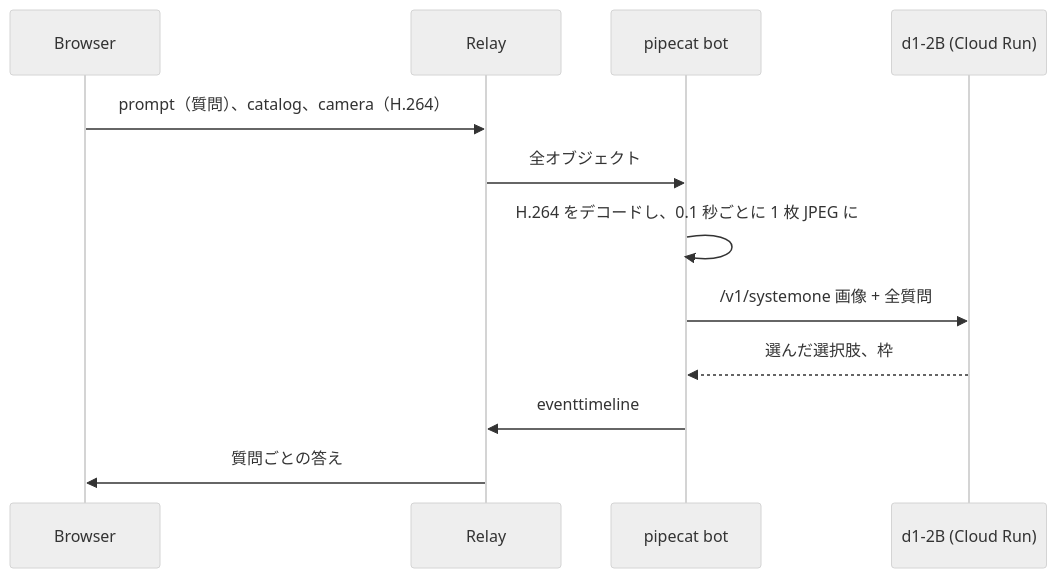
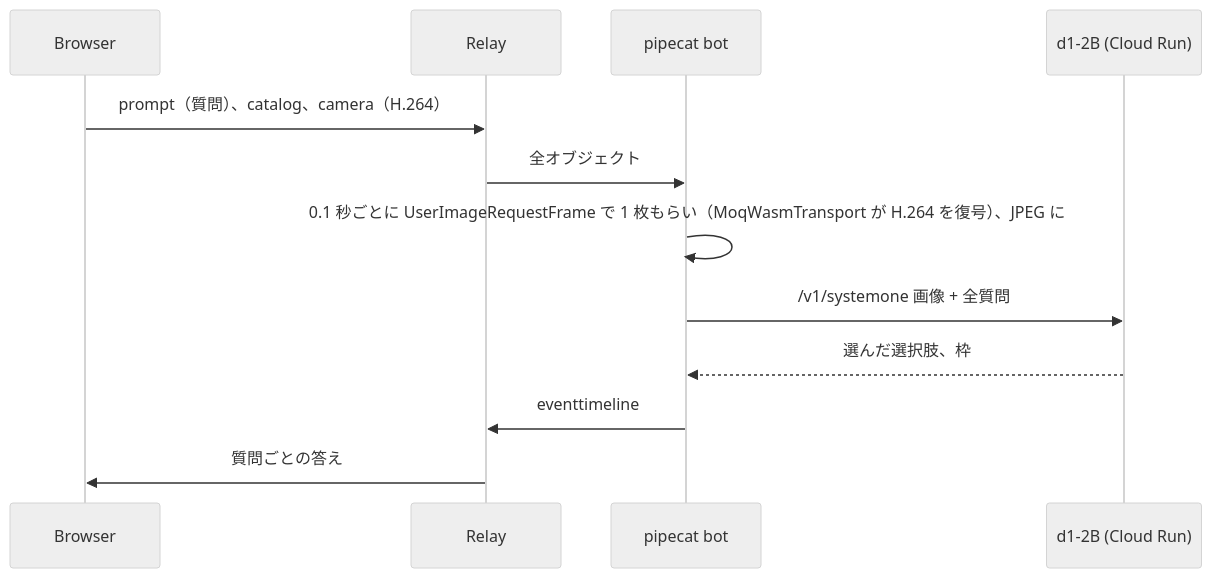
One commit to nttcom/moq-wasm changed the diagram in examples/python/moq-camera-detection/README.md. Above: the diagram before and after it, drawn with Mermaid (neutral theme). The commit also changed 17 other files, not shown here.

First line of the commit message:
feat(python): pipecat の映像入力 API を MoqWasmTransport に対応させ、camera-detection を載せる (#1628)

````diff
--- a/examples/python/moq-camera-detection/README.md
+++ b/examples/python/moq-camera-detection/README.md
@@ -6,14 +6,14 @@
 ```mermaid
 sequenceDiagram
     participant B as Browser
     participant R as Relay
     participant P as pipecat bot
     participant D as d1-2B (Cloud Run)
     B->>R: prompt（質問）、catalog、camera（H.264）
     R->>P: 全オブジェクト
-    P->>P: H.264 をデコードし、0.1 秒ごとに 1 枚 JPEG に
+    P->>P: 0.1 秒ごとに UserImageRequestFrame で 1 枚もらい（MoqWasmTransport が H.264 を復号）、JPEG に
     P->>D: /v1/systemone 画像 + 全質問
     D-->>P: 選んだ選択肢、枠
     P->>R: eventtimeline
     R->>B: 質問ごとの答え
 ```
````
